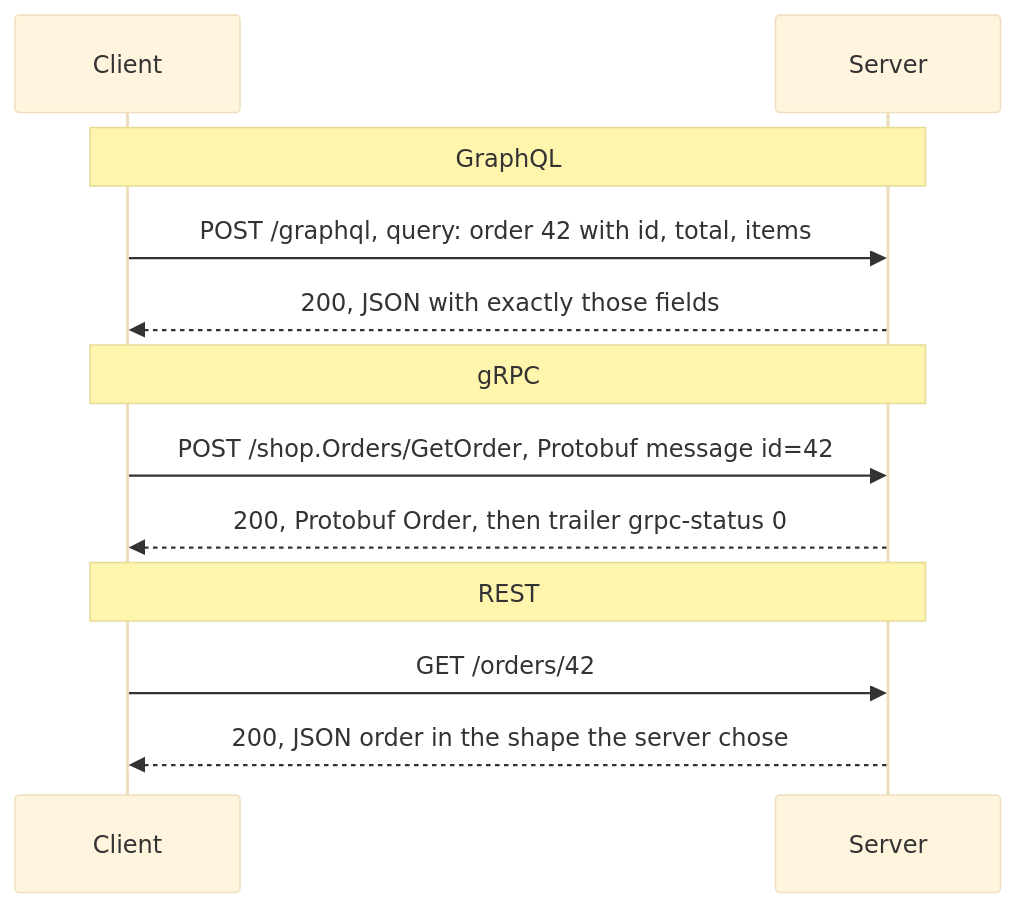
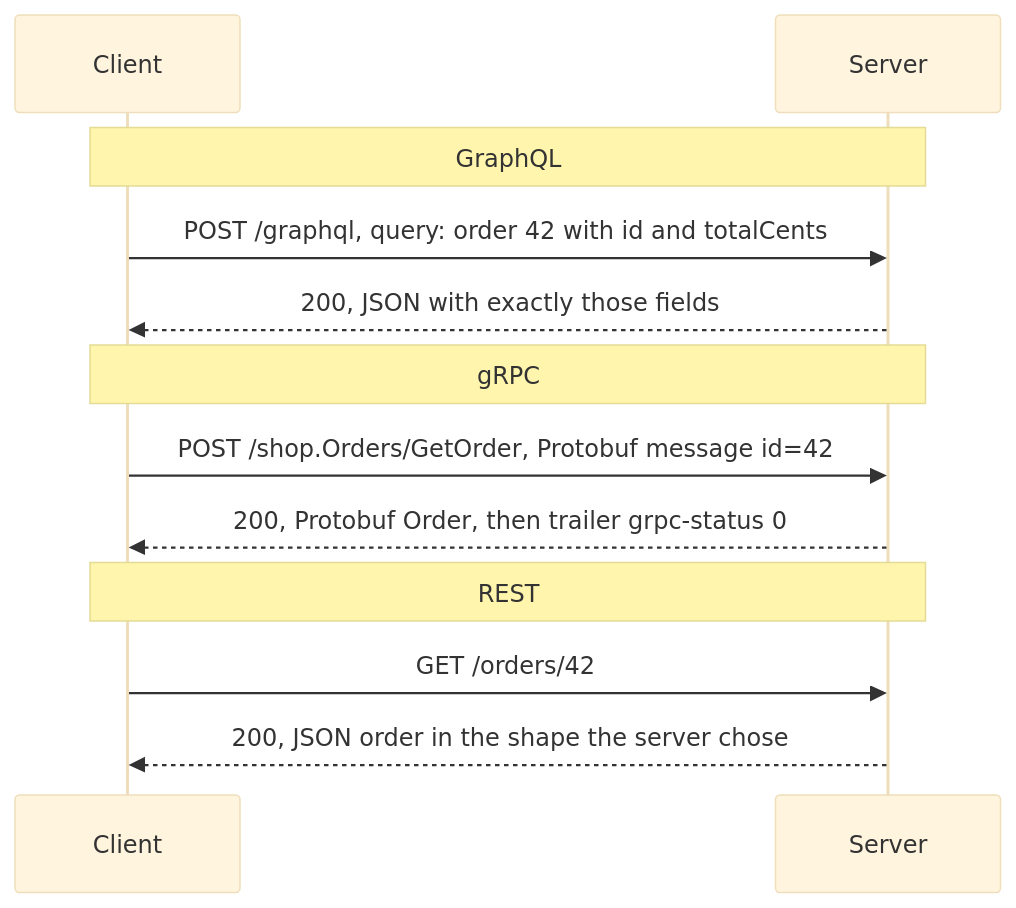
One commit to shehry3894/system-design-101 changed the diagram in docs/concepts/communication/01-api-styles.md. Above: the diagram before and after it, drawn with Mermaid (base theme). The commit also changed other lines of this file and 2 other files, not shown here.

````diff
--- a/docs/concepts/communication/01-api-styles.md
+++ b/docs/concepts/communication/01-api-styles.md
@@ -75,18 +89,18 @@
 ```mermaid
 sequenceDiagram
     accTitle: The same request in three API styles
     accDescr: A client asks for order 42 three ways. GraphQL posts one query to /graphql naming the fields. gRPC posts a Protobuf message to a service method and gets the status in a trailer. REST sends GET to the order's URI and gets the shape the server chose.
 
     participant C as Client
     participant S as Server
 
     Note over C,S: GraphQL
-    C->>S: POST /graphql, query: order 42 with id, total, items
+    C->>S: POST /graphql, query: order 42 with id and totalCents
     S-->>C: 200, JSON with exactly those fields
     Note over C,S: gRPC
     C->>S: POST /shop.Orders/GetOrder, Protobuf message id=42
     S-->>C: 200, Protobuf Order, then trailer grpc-status 0
     Note over C,S: REST
     C->>S: GET /orders/42
     S-->>C: 200, JSON order in the shape the server chose
 ```
````
